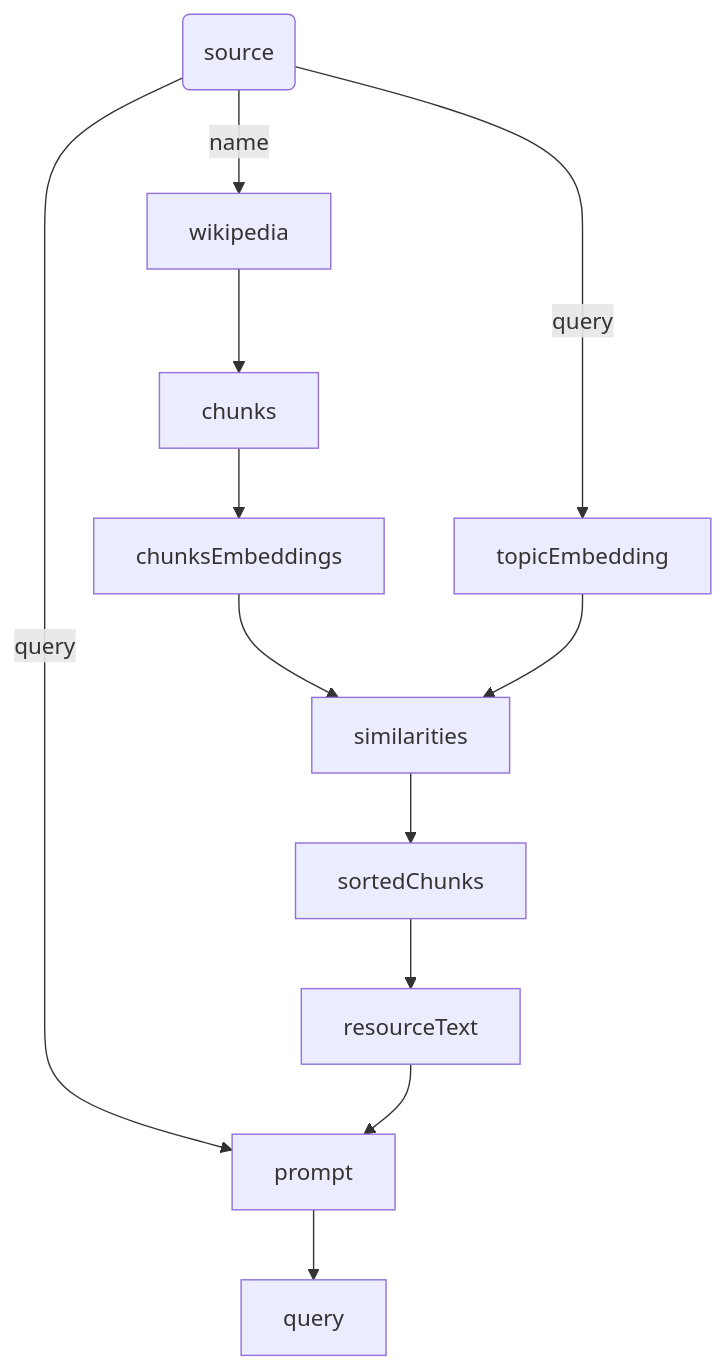
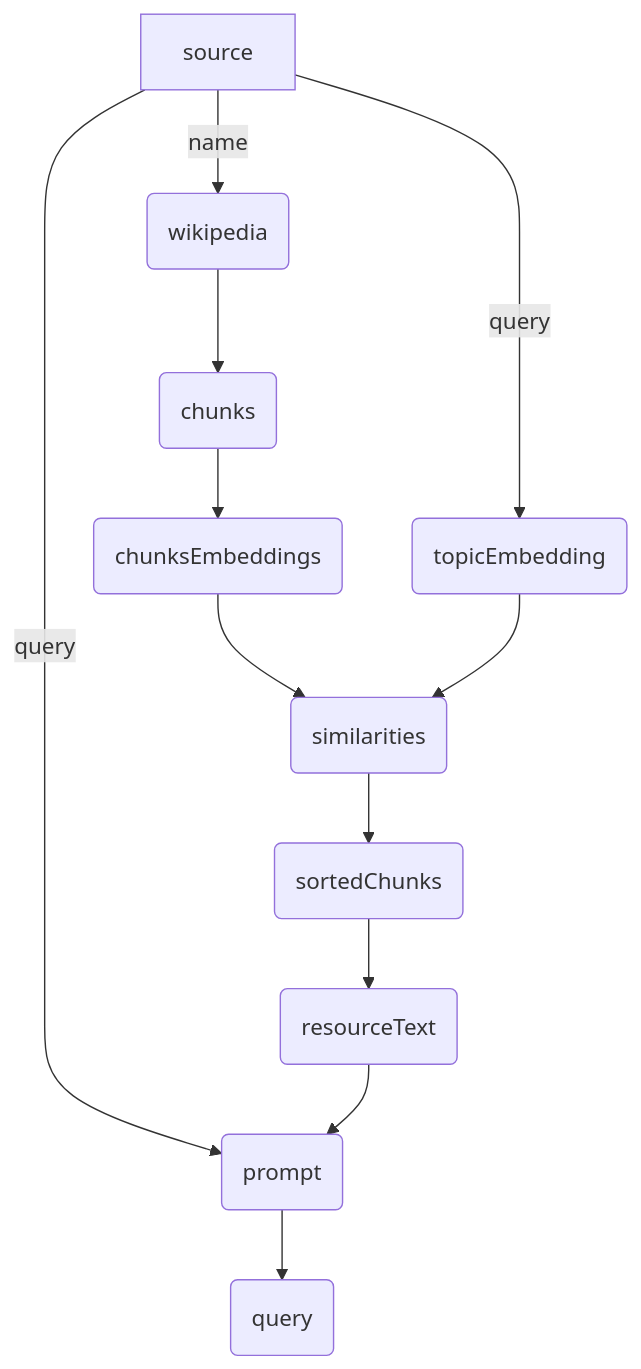
Before and after one commit to receptron/graphai: the first of 3 diagrams in README.md, drawn with Mermaid. The commit also changed other lines of this file, not shown here.

Commit message:
more mermaid diagrams in README

````diff
--- a/README.md
+++ b/README.md
@@ -62,14 +62,14 @@
 ```mermaid
 flowchart TD
- source(source) -- name --> wikipedia
- source -- query --> topicEmbedding
- wikipedia --> chunks
- chunks --> chunksEmbeddings
- chunksEmbeddings --> similarities
+ source -- name --> wikipedia(wikipedia)
+ source -- query --> topicEmbedding(topicEmbedding)
+ wikipedia --> chunks(chunks)
+ chunks --> chunksEmbeddings(chunksEmbeddings)
+ chunksEmbeddings --> similarities(similarities)
  topicEmbedding --> similarities
- similarities --> sortedChunks
- sortedChunks --> resourceText
- source -- query --> prompt
+ similarities --> sortedChunks(sortedChunks)
+ sortedChunks --> resourceText(resourceText)
+ source -- query --> prompt(prompt)
  resourceText --> prompt
- prompt --> query
+ prompt --> query(query)
 ```
````
